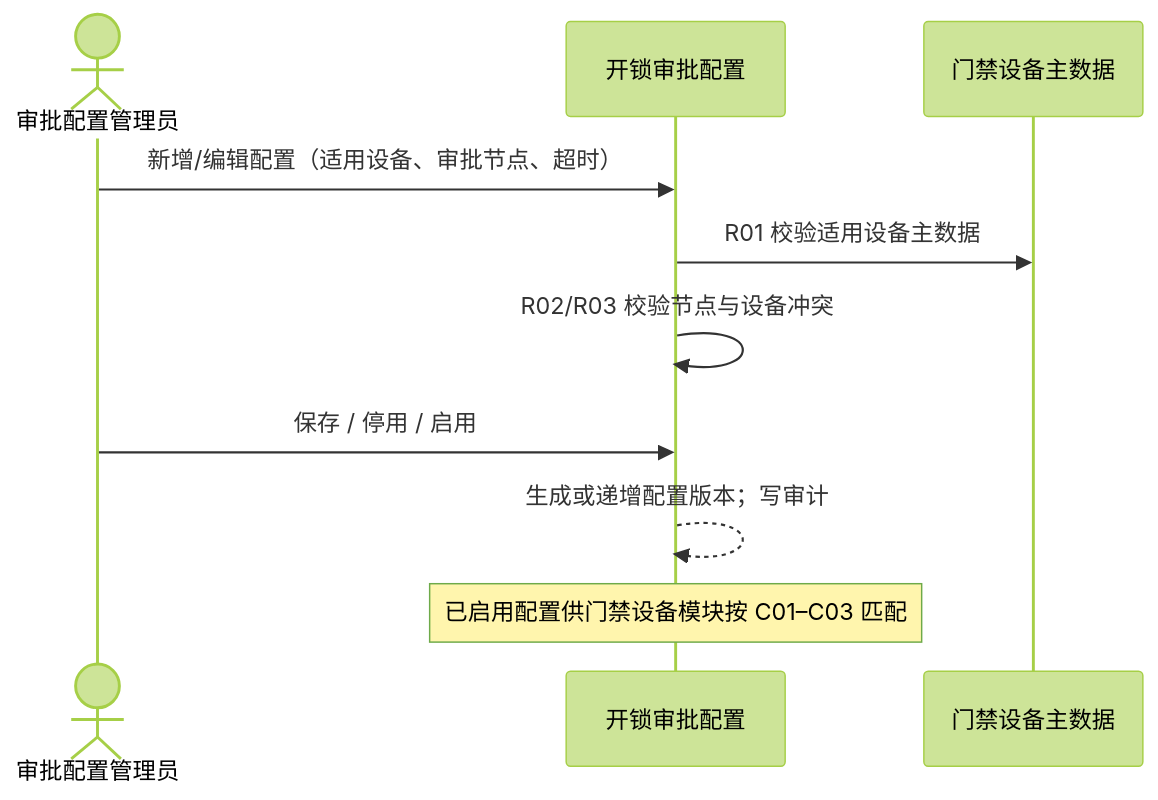
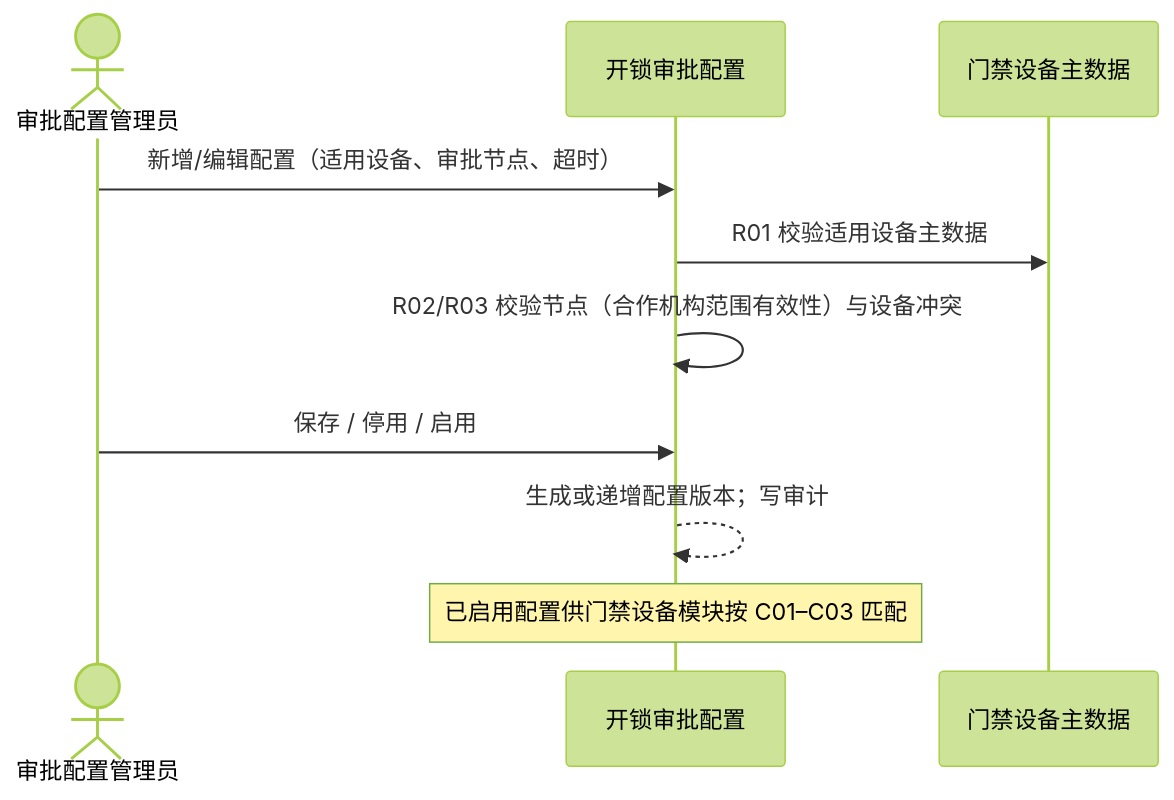
One commit to RobertHuang999/SYZC changed the second of 2 diagrams in 02-PRD文档/B-迭代需求/6.2版本（2026.08）/06-门禁开锁审批/01-审批配置/门禁开锁审批配置业务规则规格.md. Above: the diagram before and after it, drawn with Mermaid (forest theme). The commit also changed other lines of this file and 36 other files, not shown here.

````diff
--- a/02-PRD文档/B-迭代需求/6.2版本（2026.08）/06-门禁开锁审批/01-审批配置/门禁开锁审批配置业务规则规格.md
+++ b/02-PRD文档/B-迭代需求/6.2版本（2026.08）/06-门禁开锁审批/01-审批配置/门禁开锁审批配置业务规则规格.md
@@ -280,13 +281,13 @@
 ```mermaid
 sequenceDiagram
     actor C as 审批配置管理员
     participant P as 开锁审批配置
     participant D as 门禁设备主数据
 
     C->>P: 新增/编辑配置（适用设备、审批节点、超时）
     P->>D: R01 校验适用设备主数据
-    P->>P: R02/R03 校验节点与设备冲突
+    P->>P: R02/R03 校验节点（合作机构范围有效性）与设备冲突
     C->>P: 保存 / 停用 / 启用
     P-->>P: 生成或递增配置版本；写审计
     Note over P: 已启用配置供门禁设备模块按 C01–C03 匹配
 ```
````
